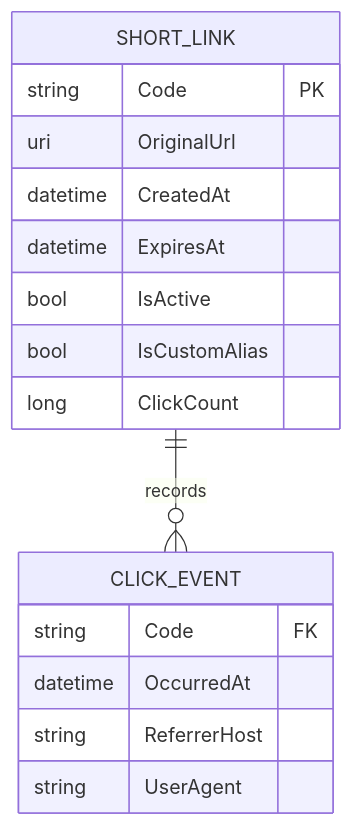
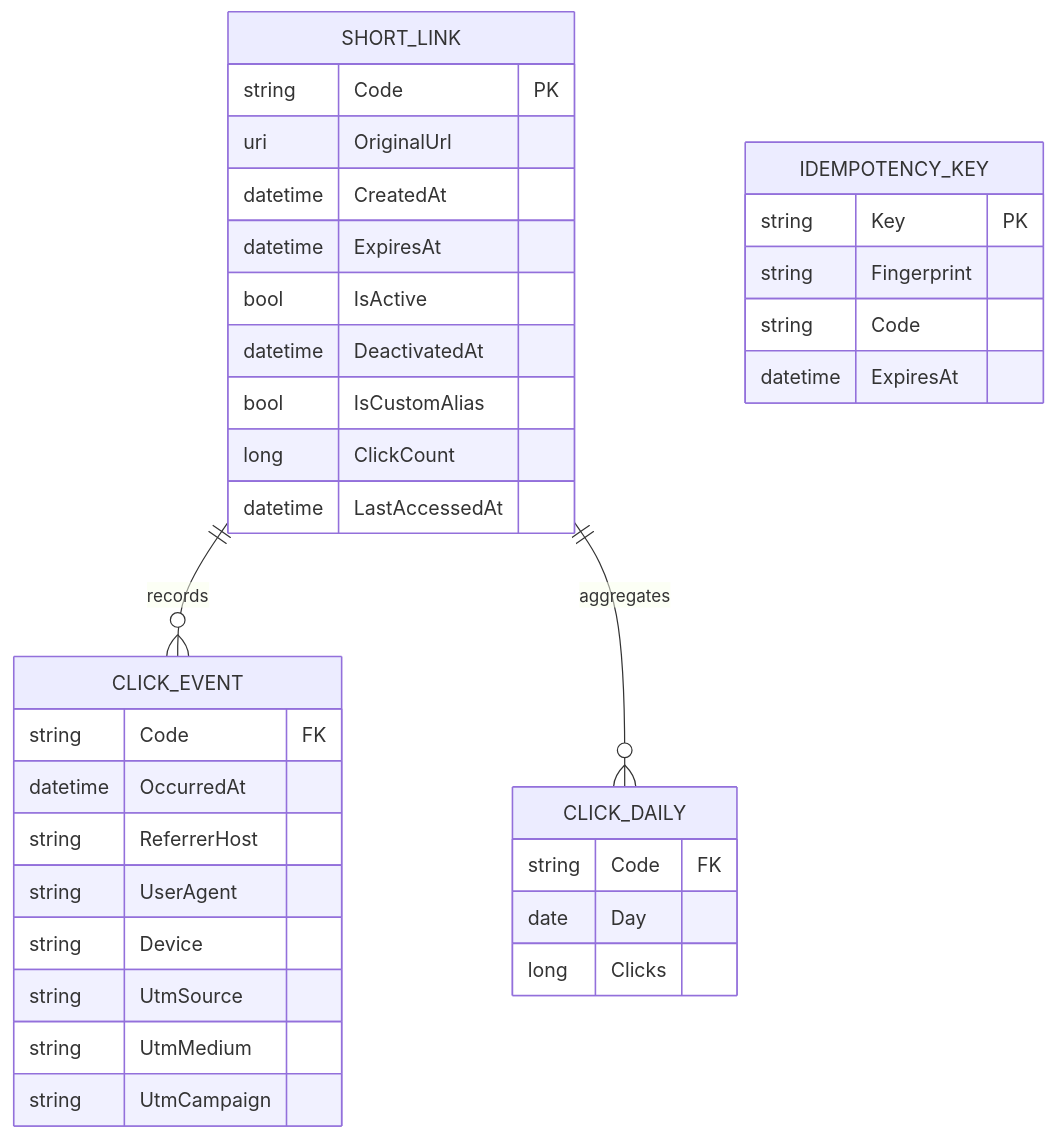
Before and after one commit to karthikeyankrishnan110884-byte/URLShortener_AI: the third of 3 diagrams in docs/ARCHITECTURE.md, drawn with Mermaid. The commit also changed other lines of this file and 146 other files, not shown here.

````diff
--- a/docs/ARCHITECTURE.md
+++ b/docs/ARCHITECTURE.md
@@ -34,6 +81,9 @@
 ```mermaid
 erDiagram
   SHORT_LINK ||--o{ CLICK_EVENT : records
-  SHORT_LINK { string Code PK  uri OriginalUrl  datetime CreatedAt  datetime ExpiresAt  bool IsActive  bool IsCustomAlias  long ClickCount }
-  CLICK_EVENT { string Code FK  datetime OccurredAt  string ReferrerHost  string UserAgent }
+  SHORT_LINK ||--o{ CLICK_DAILY : aggregates
+  SHORT_LINK { string Code PK  uri OriginalUrl  datetime CreatedAt  datetime ExpiresAt  bool IsActive  datetime DeactivatedAt  bool IsCustomAlias  long ClickCount  datetime LastAccessedAt }
+  CLICK_EVENT { string Code FK  datetime OccurredAt  string ReferrerHost  string UserAgent  string Device  string UtmSource  string UtmMedium  string UtmCampaign }
+  CLICK_DAILY { string Code FK  date Day  long Clicks }
+  IDEMPOTENCY_KEY { string Key PK  string Fingerprint  string Code  datetime ExpiresAt }
 ```
````
